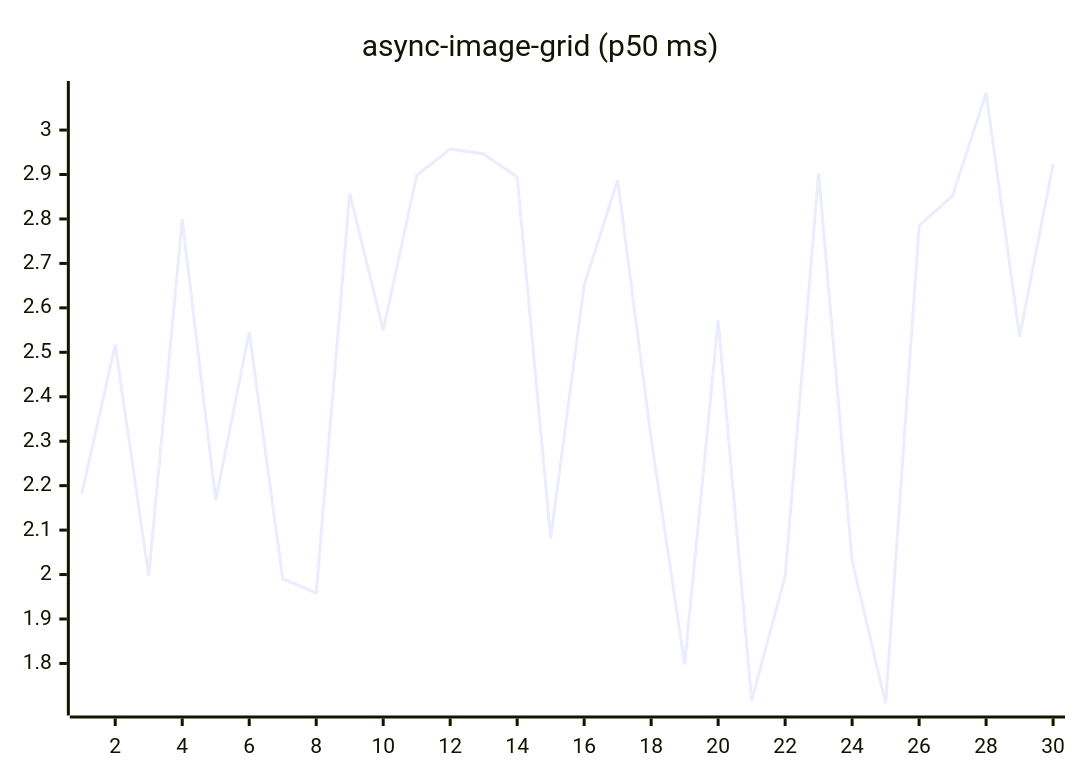
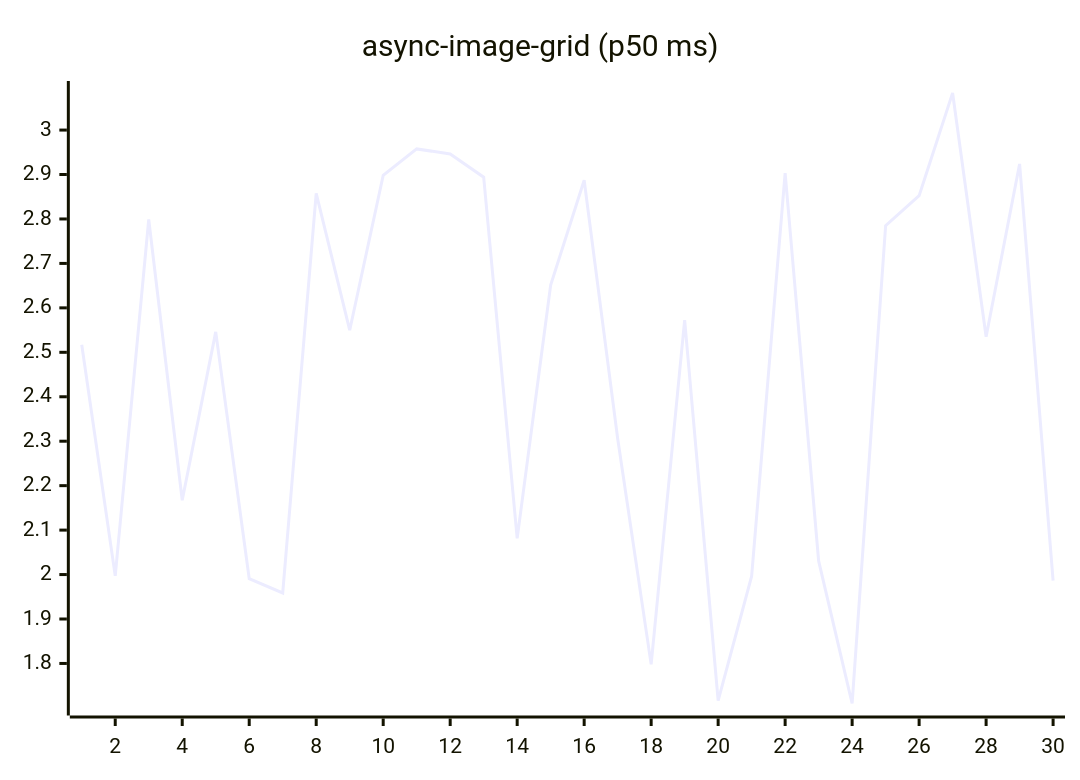
One commit to josha/Facet changed the fifth of 27 diagrams in README.md. Above: the diagram before and after it, drawn with Mermaid. The commit also changed other lines of this file and 2 other files, not shown here.

````diff
--- a/README.md
+++ b/README.md
@@ -91,6 +91,6 @@
 ```mermaid
 xychart-beta
     title "async-image-grid (p50 ms)"
     x-axis 1 --> 30
-    line [2.1819, 2.5171, 1.9970, 2.7988, 2.1671, 2.5459, 1.9906, 1.9586, 2.8577, 2.5497, 2.8980, 2.9576, 2.9463, 2.8940, 2.0815, 2.6515, 2.8871, 2.3060, 1.7979, 2.5726, 1.7163, 1.9964, 2.9032, 2.0307, 1.7099, 2.7848, 2.8523, 3.0834, 2.5349, 2.9237]
+    line [2.5171, 1.9970, 2.7988, 2.1671, 2.5459, 1.9906, 1.9586, 2.8577, 2.5497, 2.8980, 2.9576, 2.9463, 2.8940, 2.0815, 2.6515, 2.8871, 2.3060, 1.7979, 2.5726, 1.7163, 1.9964, 2.9032, 2.0307, 1.7099, 2.7848, 2.8523, 3.0834, 2.5349, 2.9237, 1.9862]
 ```
````
